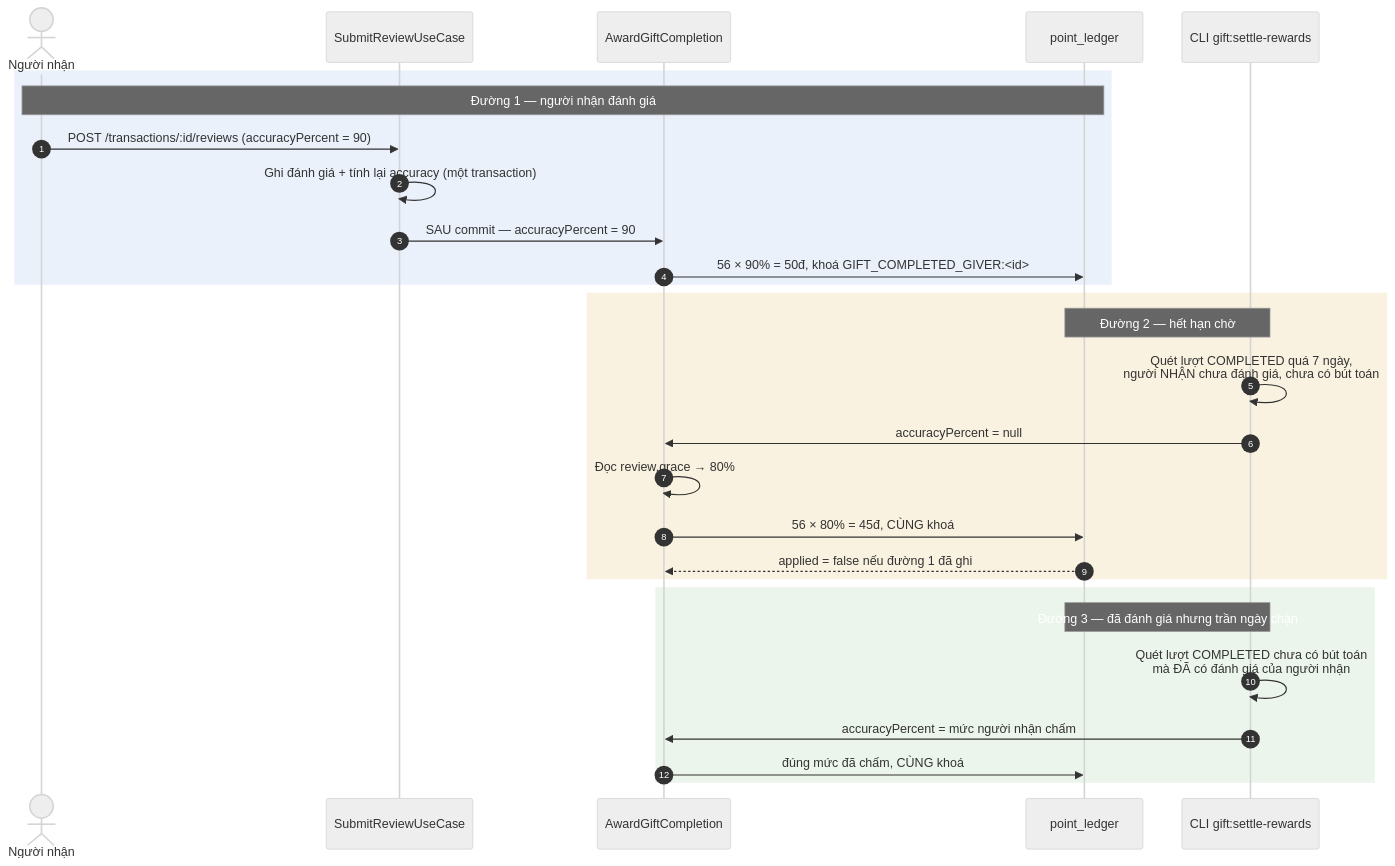
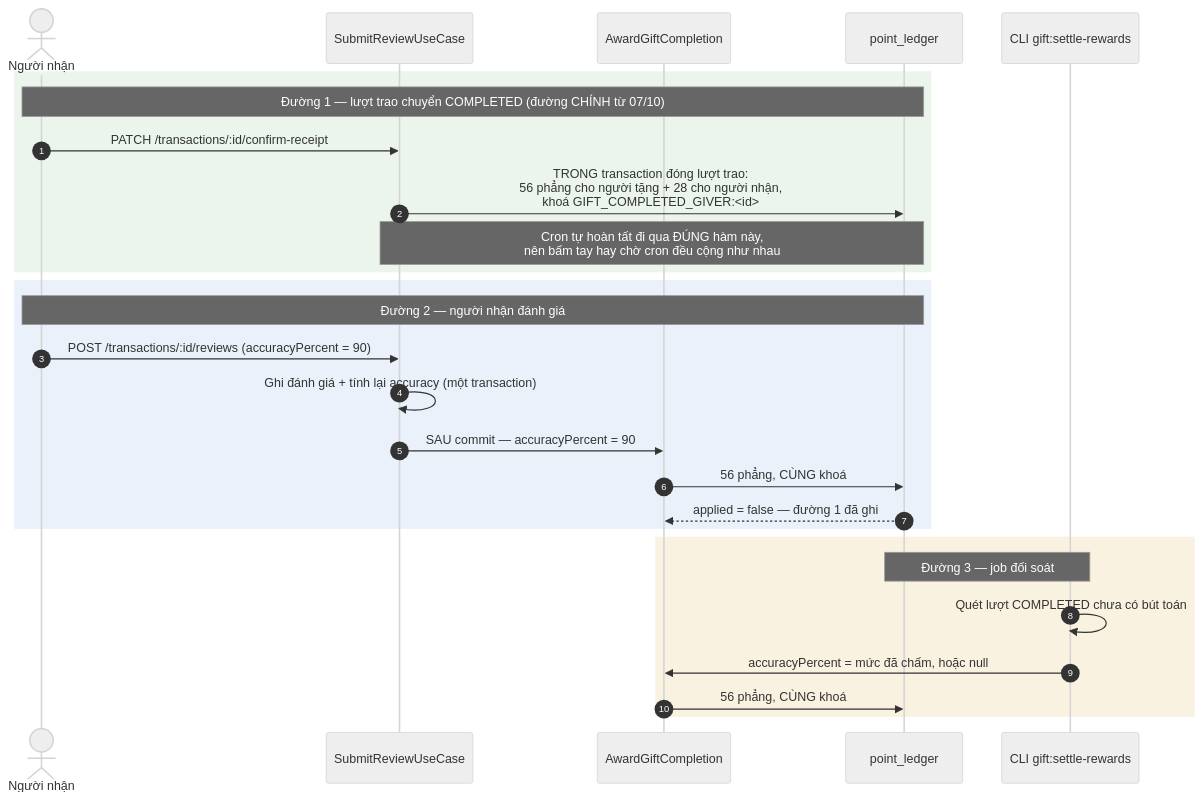
One commit to fdshn/trueheart changed the fifth of 7 diagrams in docs/diagram/11-point.md. Above: the diagram before and after it, drawn with Mermaid (neutral theme). The commit also changed other lines of this file and 18 other files, not shown here.

First line of the commit message:
feat(f40): dời mốc cộng điểm hoàn tất sang COMPLETED theo CHỐT-14

````diff
--- a/docs/diagram/11-point.md
+++ b/docs/diagram/11-point.md
@@ -159,33 +166,32 @@
 ```mermaid
 sequenceDiagram
     autonumber
     actor R as Người nhận
     participant S as SubmitReviewUseCase
     participant A as AwardGiftCompletion
     participant L as point_ledger
     participant J as CLI gift:settle-rewards
 
+    rect rgba(120, 180, 120, 0.14)
+    Note over R,L: Đường 1 — lượt trao chuyển COMPLETED (đường CHÍNH từ 07/10)
+    R->>S: PATCH /transactions/:id/confirm-receipt
+    S->>L: TRONG transaction đóng lượt trao:<br/>56 phẳng cho người tặng + 28 cho người nhận,<br/>khoá GIFT_COMPLETED_GIVER:#lt;id#gt;
+    Note over S,L: Cron tự hoàn tất đi qua ĐÚNG hàm này,<br/>nên bấm tay hay chờ cron đều cộng như nhau
+    end
+
     rect rgba(80, 140, 220, 0.12)
-    Note over R,L: Đường 1 — người nhận đánh giá
+    Note over R,L: Đường 2 — người nhận đánh giá
     R->>S: POST /transactions/:id/reviews (accuracyPercent = 90)
     S->>S: Ghi đánh giá + tính lại accuracy (một transaction)
     S->>A: SAU commit — accuracyPercent = 90
-    A->>L: 56 × 90% = 50đ, khoá GIFT_COMPLETED_GIVER:#lt;id#gt;
+    A->>L: 56 phẳng, CÙNG khoá
+    L-->>A: applied = false — đường 1 đã ghi
     end
 
     rect rgba(220, 160, 40, 0.14)
-    Note over J,L: Đường 2 — hết hạn chờ
-    J->>J: Quét lượt COMPLETED quá 7 ngày,<br/>người NHẬN chưa đánh giá, chưa có bút toán
-    J->>A: accuracyPercent = null
-    A->>A: Đọc review.grace → 80%
-    A->>L: 56 × 80% = 45đ, CÙNG khoá
-    L-->>A: applied = false nếu đường 1 đã ghi
-    end
-
-    rect rgba(120, 180, 120, 0.14)
-    Note over J,L: Đường 3 — đã đánh giá nhưng trần ngày chặn
-    J->>J: Quét lượt COMPLETED chưa có bút toán<br/>mà ĐÃ có đánh giá của người nhận
-    J->>A: accuracyPercent = mức người nhận chấm
-    A->>L: đúng mức đã chấm, CÙNG khoá
+    Note over J,L: Đường 3 — job đối soát
+    J->>J: Quét lượt COMPLETED chưa có bút toán
+    J->>A: accuracyPercent = mức đã chấm, hoặc null
+    A->>L: 56 phẳng, CÙNG khoá
     end
 ```
````
